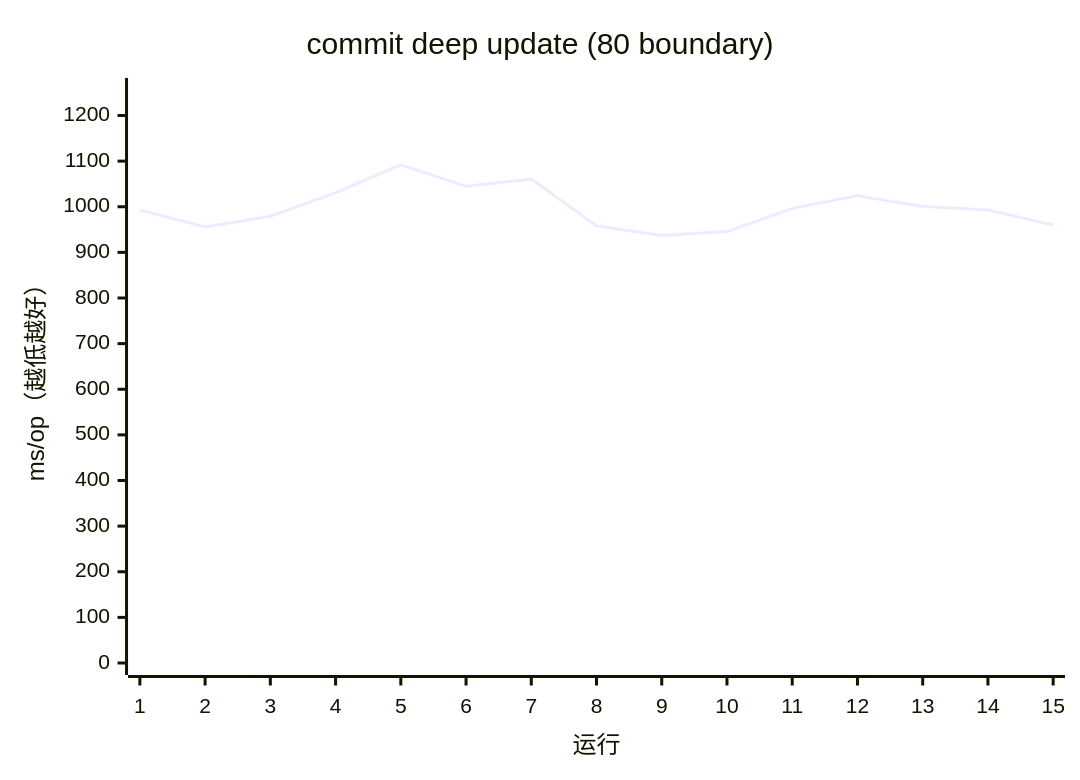
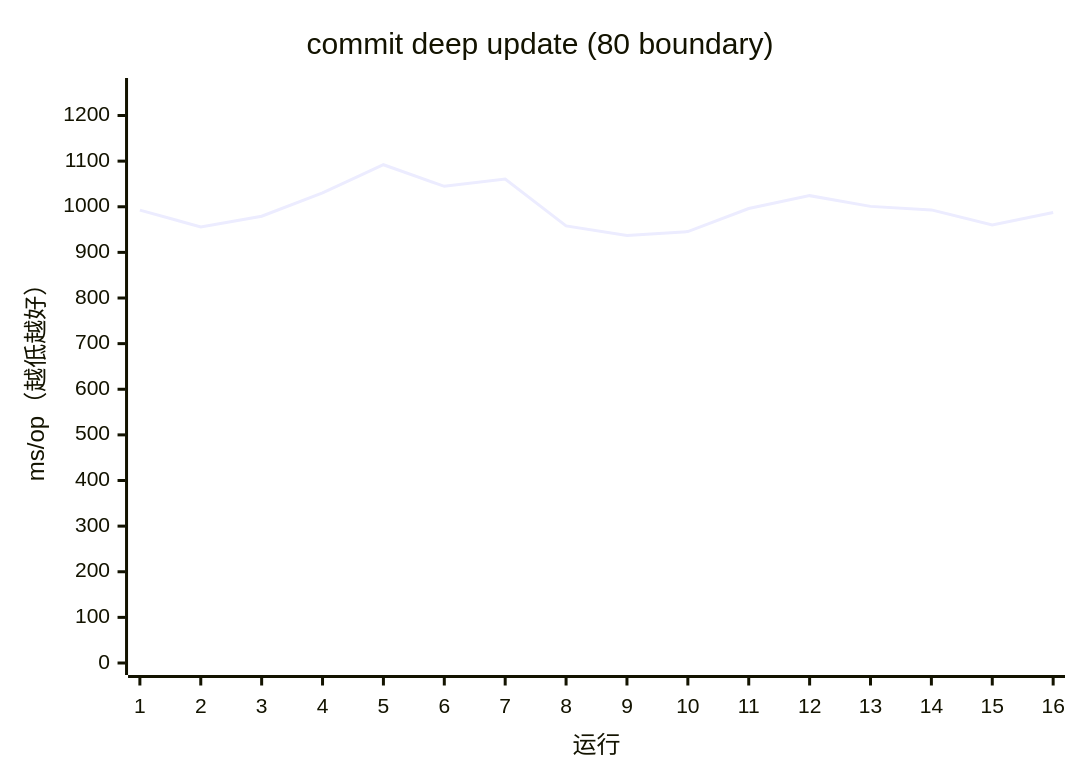
The sixth of 17 diagrams in apps/docs/src/content/docs/guides/benchmark.mdx (AIluffy/io), drawn with Mermaid before and after one commit. The commit also changed other lines of this file and 25 other files, not shown here.

````diff
--- a/apps/docs/src/content/docs/guides/benchmark.mdx
+++ b/apps/docs/src/content/docs/guides/benchmark.mdx
@@ -267,7 +250,7 @@
 ```mermaid
 xychart-beta
   title "commit deep update (80 boundary)"
-  x-axis "运行" [1, 2, 3, 4, 5, 6, 7, 8, 9, 10, 11, 12, 13, 14, 15]
+  x-axis "运行" [1, 2, 3, 4, 5, 6, 7, 8, 9, 10, 11, 12, 13, 14, 15, 16]
   y-axis "ms/op（越低越好）" 0 --> 1255.9128
-  line [992.725, 955.8344, 979.2947, 1030.485, 1092.0981, 1044.7571, 1060.7891, 958.0996, 937.104, 945.5124, 996.1228, 1024.3481, 1000.8426, 993.1195, 960.0815]
+  line [992.725, 955.8344, 979.2947, 1030.485, 1092.0981, 1044.7571, 1060.7891, 958.0996, 937.104, 945.5124, 996.1228, 1024.3481, 1000.8426, 993.1195, 960.0815, 987.3555]
 ```
````
